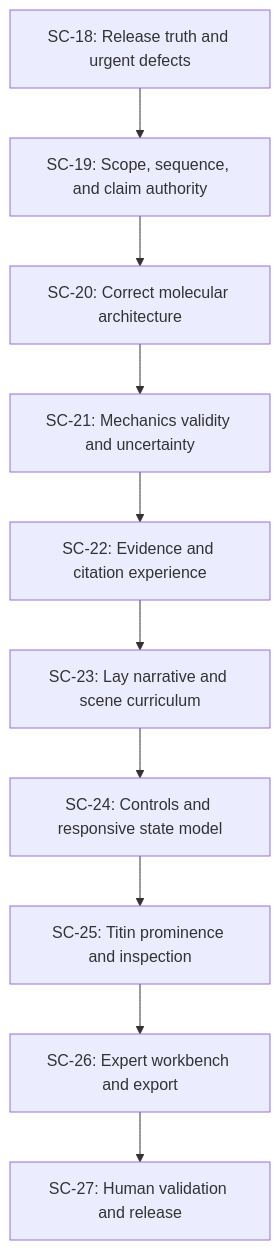
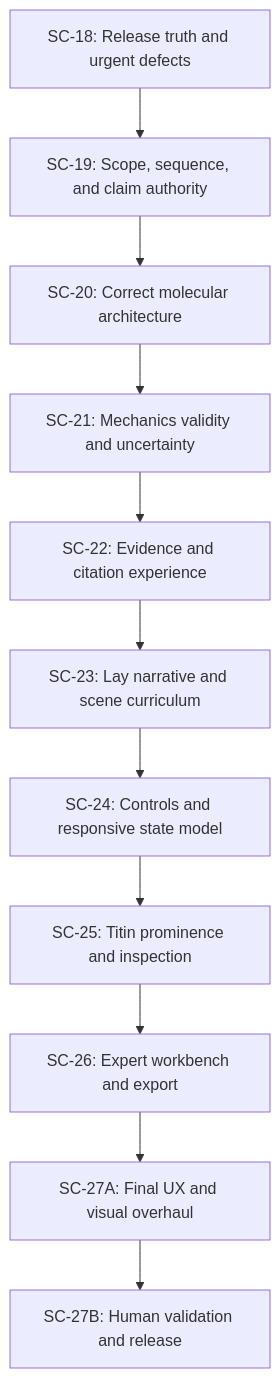
The first of 2 diagrams in docs/superpowers/plans/2026-08-09-titin-mvp-readiness-synthesis.md (shotaronowhere/titin-3d), drawn with Mermaid before and after one commit. The commit also changed other lines of this file and 2 other files, not shown here.

Commit message:
Refine SC-27A UX overhaul plan

````diff
--- a/docs/superpowers/plans/2026-08-09-titin-mvp-readiness-synthesis.md
+++ b/docs/superpowers/plans/2026-08-09-titin-mvp-readiness-synthesis.md
@@ -316,12 +316,13 @@
 ```mermaid
 flowchart TD
   A["SC-18: Release truth and urgent defects"] --> B["SC-19: Scope, sequence, and claim authority"]
   B --> C["SC-20: Correct molecular architecture"]
   C --> D["SC-21: Mechanics validity and uncertainty"]
   D --> E["SC-22: Evidence and citation experience"]
   E --> F["SC-23: Lay narrative and scene curriculum"]
   F --> G["SC-24: Controls and responsive state model"]
   G --> H["SC-25: Titin prominence and inspection"]
   H --> I["SC-26: Expert workbench and export"]
-  I --> J["SC-27: Human validation and release"]
+  I --> J["SC-27A: Final UX and visual overhaul"]
+  J --> K["SC-27B: Human validation and release"]
 ```
````
